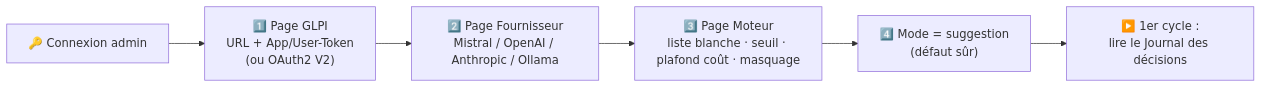
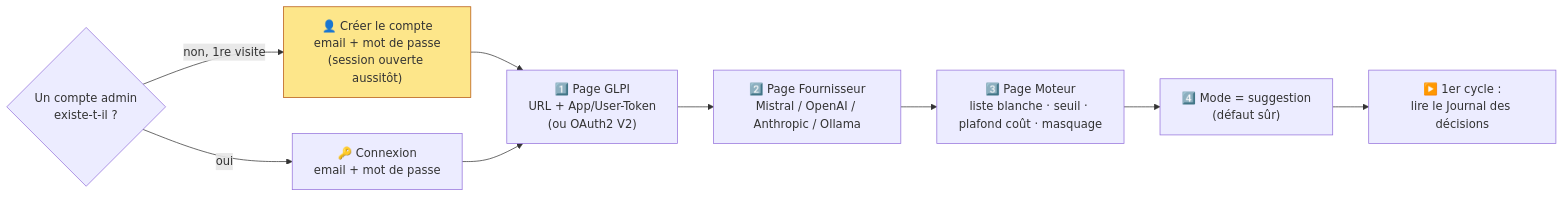
The fourth of 7 diagrams in docs/guide-fonctionnement.md (WicaebethTheo/itsm-modern-ai), drawn with Mermaid before and after one commit. The commit also changed other lines of this file and 53 other files, not shown here.

````diff
--- a/docs/guide-fonctionnement.md
+++ b/docs/guide-fonctionnement.md
@@ -166,8 +195,14 @@
 ```mermaid
 flowchart LR
-    L["🔑 Connexion admin"] --> G["1️⃣ Page GLPI<br/>URL + App/User-Token<br/>(ou OAuth2 V2)"]
+    A{"Un compte admin<br/>existe-t-il ?"}
+    A -- non, 1re visite --> N["👤 Créer le compte<br/>email + mot de passe<br/>(session ouverte aussitôt)"]
+    A -- oui --> L["🔑 Connexion<br/>email + mot de passe"]
+    N --> G["1️⃣ Page GLPI<br/>URL + App/User-Token<br/>(ou OAuth2 V2)"]
+    L --> G
     G --> P["2️⃣ Page Fournisseur<br/>Mistral / OpenAI / Anthropic / Ollama"]
     P --> E["3️⃣ Page Moteur<br/>liste blanche · seuil · plafond coût · masquage"]
     E --> M["4️⃣ Mode = suggestion<br/>(défaut sûr)"]
     M --> R["▶️ 1er cycle :<br/>lire le Journal des décisions"]
+
+    style N fill:#fde68a,stroke:#b45309
 ```
````
